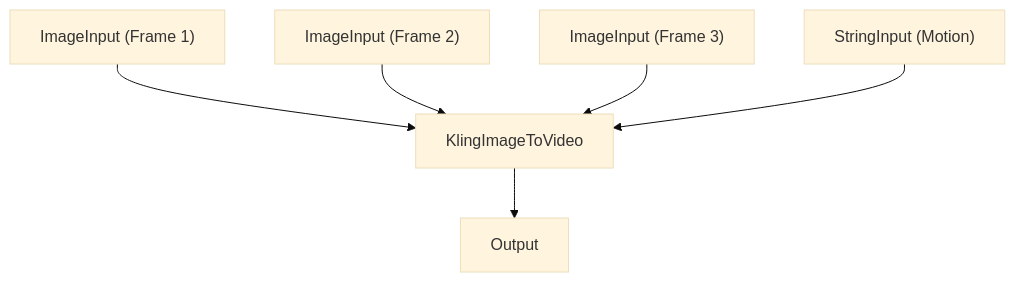
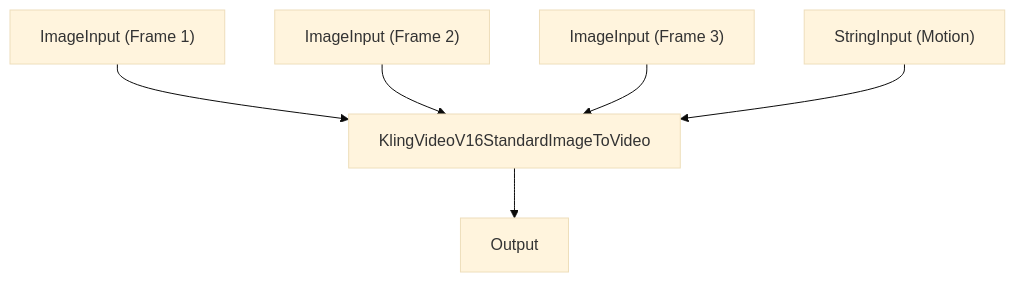
Diagram 14 of 17 in docs/cookbook/patterns.md (nodetool-ai/nodetool), drawn with Mermaid (base theme) before and after one commit. The commit also changed other lines of this file and 683 other files, not shown here.

```diff
--- a/docs/cookbook/patterns.md
+++ b/docs/cookbook/patterns.md
@@ -485,14 +480,14 @@
 {% mermaid %}
 graph TD
   image1["ImageInput (Frame 1)"]
   image2["ImageInput (Frame 2)"]
   image3["ImageInput (Frame 3)"]
   motion_prompt["StringInput (Motion)"]
   output["Output"]
-  kling_i2v["KlingImageToVideo"]
+  kling_i2v["KlingVideoV16StandardImageToVideo"]
   kling_i2v --> output
   image1 --> kling_i2v
   image2 --> kling_i2v
   image3 --> kling_i2v
   motion_prompt --> kling_i2v
 {% endmermaid %}
```
